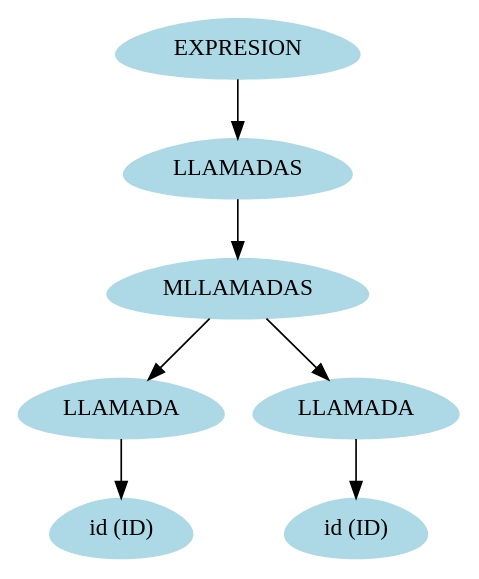
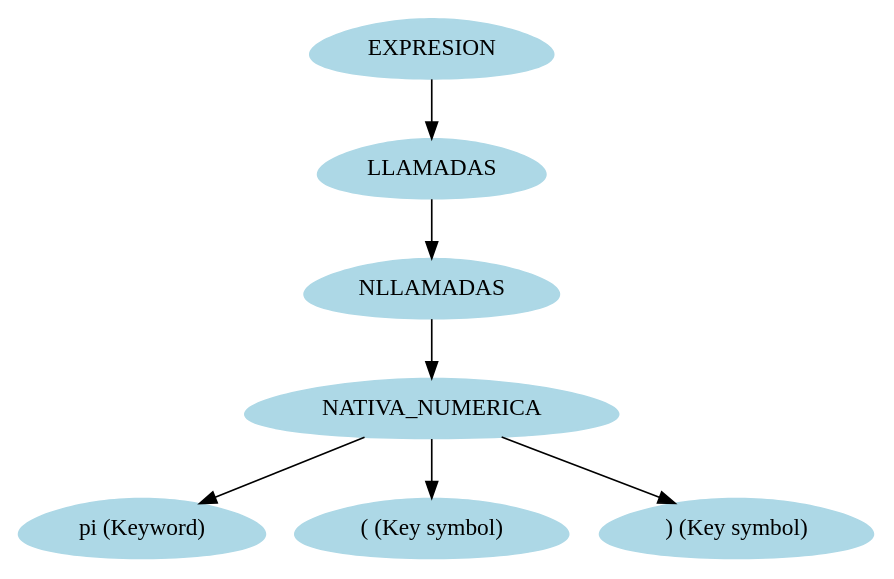
Before and after one commit to Losajhonny/CPPOLC2: the diagram in [OLC2]Proyecto1/Leng_1x_form/Xform/Xform/bin/Debug/arbolAst.dot, drawn with Graphviz. The commit also changed 8 other files, not shown here.

```diff
--- a/[OLC2]Proyecto1/Leng_1x_form/Xform/Xform/bin/Debug/arbolAst.dot
+++ b/[OLC2]Proyecto1/Leng_1x_form/Xform/Xform/bin/Debug/arbolAst.dot
@@ -1,16 +1,16 @@
 digraph grafo{
 node [shape = egg];
-10261382[label="EXPRESION", style = filled, color = lightblue];
-59109011[label="LLAMADAS", style = filled, color = lightblue];
-10261382->59109011;
-42659827[label="MLLAMADAS", style = filled, color = lightblue];
-59109011->42659827;
-40644060[label="LLAMADA", style = filled, color = lightblue];
-42659827->40644060;
-17043416[label="id (ID)", style = filled, color = lightblue];
-40644060->17043416;
-28756230[label="LLAMADA", style = filled, color = lightblue];
-42659827->28756230;
-18961937[label="id (ID)", style = filled, color = lightblue];
-28756230->18961937;
+44150175[label="EXPRESION", style = filled, color = lightblue];
+65326725[label="LLAMADAS", style = filled, color = lightblue];
+44150175->65326725;
+61150033[label="NLLAMADAS", style = filled, color = lightblue];
+65326725->61150033;
+24123405[label="NATIVA_NUMERICA", style = filled, color = lightblue];
+61150033->24123405;
+49535530[label="pi (Keyword)", style = filled, color = lightblue];
+24123405->49535530;
+17690816[label="( (Key symbol)", style = filled, color = lightblue];
+24123405->17690816;
+54234833[label=") (Key symbol)", style = filled, color = lightblue];
+24123405->54234833;
 }
```
